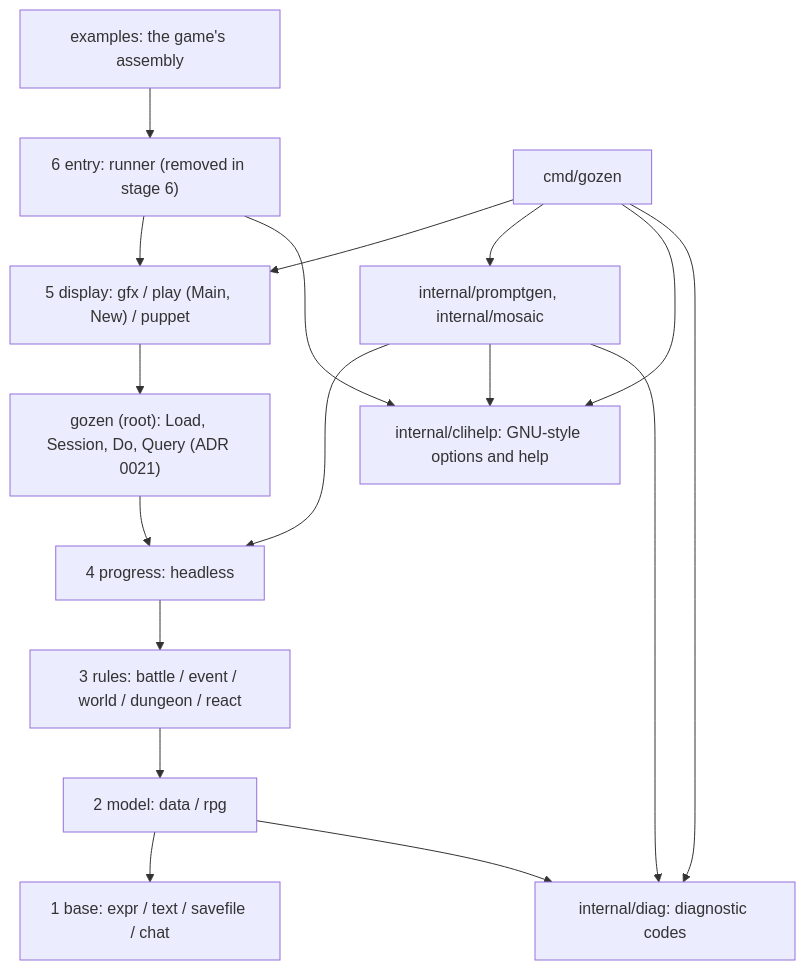
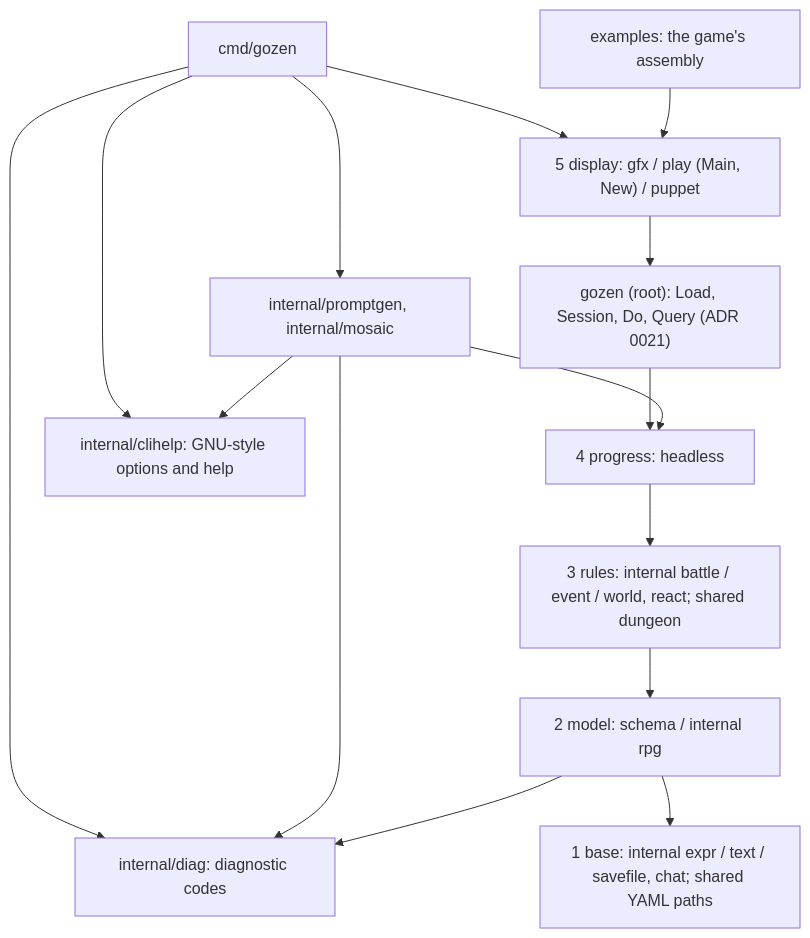
The diagram in docs/architecture/overview.md (nao1215/gozen), drawn with Mermaid before and after one commit. The commit also changed other lines of this file and 42 other files, not shown here.

````diff
--- a/docs/architecture/overview.md
+++ b/docs/architecture/overview.md
@@ -13,19 +13,18 @@
 ```mermaid
 flowchart TB
-  L6["6 entry: runner (removed in stage 6)"] --> L5["5 display: gfx / play (Main, New) / puppet"]
+  L5["5 display: gfx / play (Main, New) / puppet"]
   L5 --> R["gozen (root): Load, Session, Do, Query (ADR 0021)"]
   R --> L4["4 progress: headless"]
-  L4 --> L3["3 rules: battle / event / world / dungeon / react"]
-  L3 --> L2["2 model: data / rpg"]
-  L2 --> L1["1 base: expr / text / savefile / chat"]
+  L4 --> L3["3 rules: internal battle / event / world, react; shared dungeon"]
+  L3 --> L2["2 model: schema / internal rpg"]
+  L2 --> L1["1 base: internal expr / text / savefile, chat; shared YAML paths"]
   CLI["cmd/gozen"] --> L5
   CLI --> Private["internal/promptgen, internal/mosaic"]
   Private --> L4
   CLI --> Help["internal/clihelp: GNU-style options and help"]
   Private --> Help
   CLI --> Diag["internal/diag: diagnostic codes"]
   Private --> Diag
   L2 --> Diag
-  L6 --> Help
-  Example["examples: the game's assembly"] --> L6
+  Example["examples: the game's assembly"] --> L5
 ```
````
